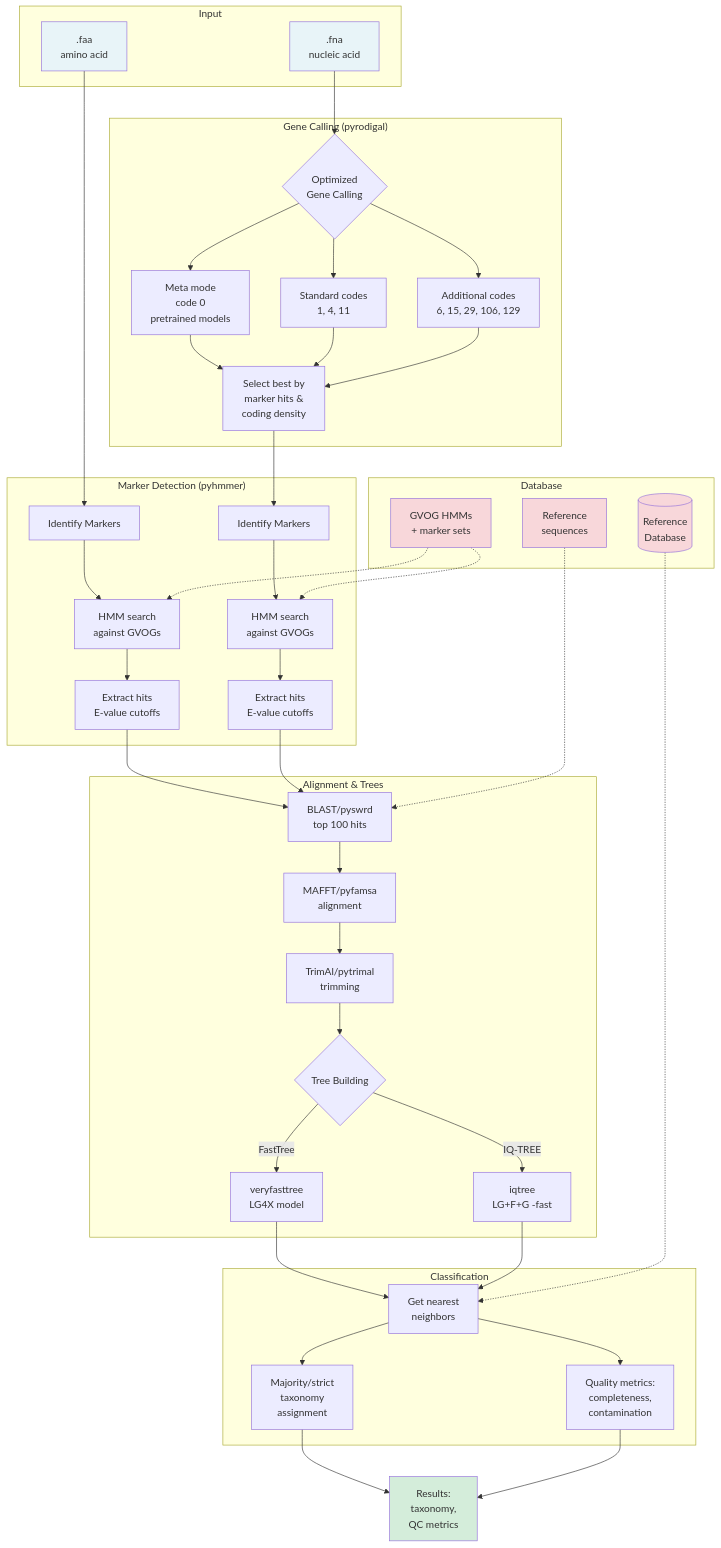
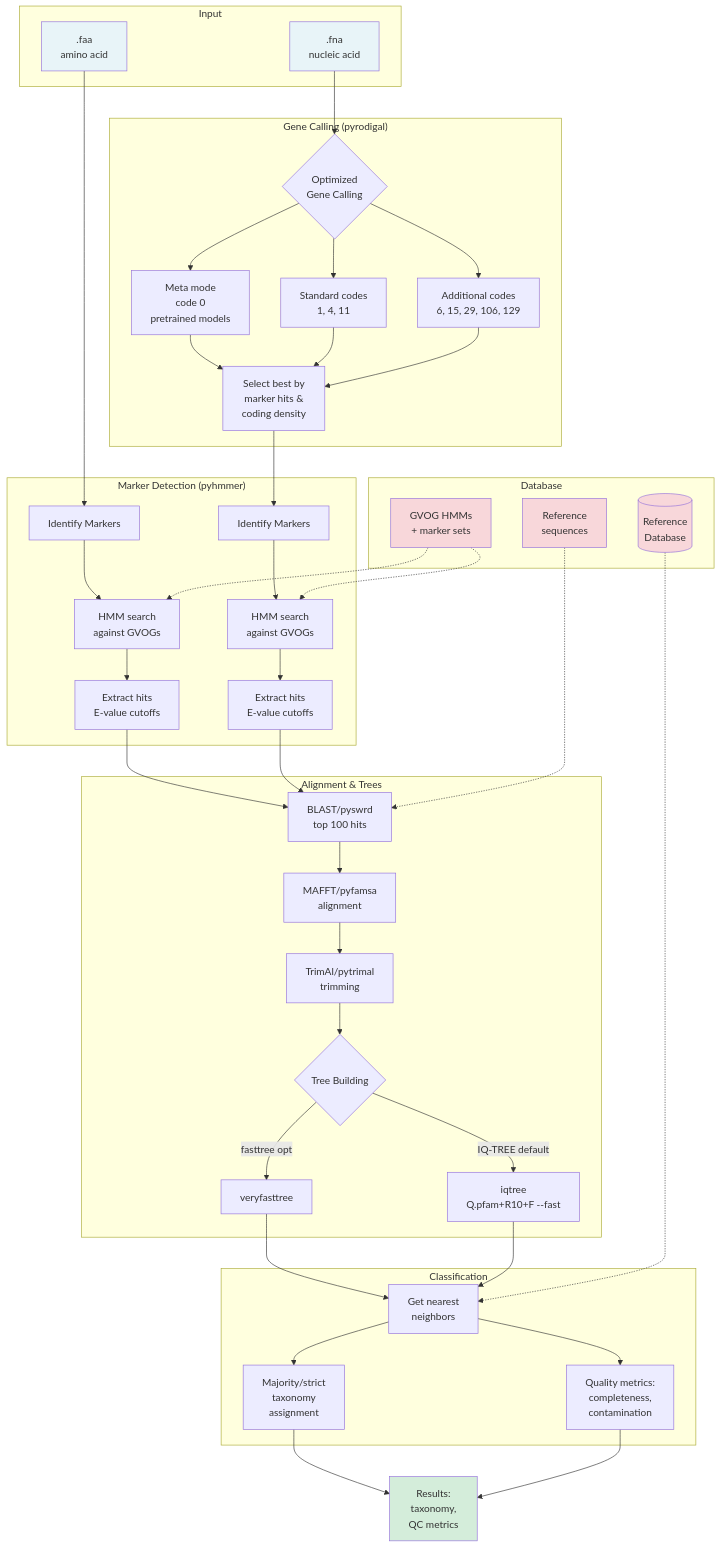
One commit to NeLLi-team/gvclass changed the diagram in README.md. Above: the diagram before and after it, drawn with Mermaid. The commit also changed other lines of this file and 9 other files, not shown here.

First line of the commit message:
feat(trees): add --iqtree-mode (fast|ufboot) for the species tree

````diff
--- a/README.md
+++ b/README.md
@@ -500,68 +509,68 @@
 ```mermaid
 flowchart TD
     subgraph Input
         FNA[".fna<br/>nucleic acid"]
         FAA[".faa<br/>amino acid"]
     end
     
     subgraph Database
         DB[(Reference<br/>Database)]
         MODELS[GVOG HMMs<br/>+ marker sets]
         REF[Reference<br/>sequences]
     end
     
     FNA --> OPGC{Optimized<br/>Gene Calling}
     FAA --> ID1[Identify Markers]
     
     subgraph "Gene Calling (pyrodigal)"
         OPGC --> META[Meta mode<br/>code 0<br/>pretrained models]
         OPGC --> STD[Standard codes<br/>1, 4, 11]
         OPGC --> ADD[Additional codes<br/>6, 15, 29, 106, 129]
         META --> RANK[Select best by<br/>marker hits &<br/>coding density]
         STD --> RANK
         ADD --> RANK
     end
     
     RANK --> ID2[Identify Markers]
     
     subgraph "Marker Detection (pyhmmer)"
         ID1 --> HMM1[HMM search<br/>against GVOGs]
         ID2 --> HMM2[HMM search<br/>against GVOGs]
         HMM1 --> HITS1[Extract hits<br/>E-value cutoffs]
         HMM2 --> HITS2[Extract hits<br/>E-value cutoffs]
     end
     
     HITS1 --> BLAST[BLAST/pyswrd<br/>top 100 hits]
     HITS2 --> BLAST
     
     subgraph "Alignment & Trees"
         BLAST --> ALIGN[MAFFT/pyfamsa<br/>alignment]
         ALIGN --> TRIM[TrimAl/pytrimal<br/>trimming]
         TRIM --> TREE{Tree Building}
-        TREE -->|FastTree| FT[veryfasttree<br/>LG4X model]
-        TREE -->|IQ-TREE| IQ[iqtree<br/>LG+F+G -fast]
+        TREE -->|IQ-TREE default| IQ[iqtree<br/>Q.pfam+R10+F --fast]
+        TREE -->|fasttree opt| FT[veryfasttree]
     end
     
     FT --> NN[Get nearest<br/>neighbors]
     IQ --> NN
     
     subgraph "Classification"
         NN --> TAX[Majority/strict<br/>taxonomy<br/>assignment]
         NN --> QC[Quality metrics:<br/>completeness,<br/>contamination]
     end
     
     TAX --> OUT[Results:<br/>taxonomy,<br/>QC metrics]
     QC --> OUT
     
     MODELS -.-> HMM1
     MODELS -.-> HMM2
     REF -.-> BLAST
     DB -.-> NN
     
     style FNA fill:#e8f4f8
     style FAA fill:#e8f4f8
     style OUT fill:#d4edda
     style DB fill:#f8d7da
     style MODELS fill:#f8d7da
     style REF fill:#f8d7da
 ```
````
